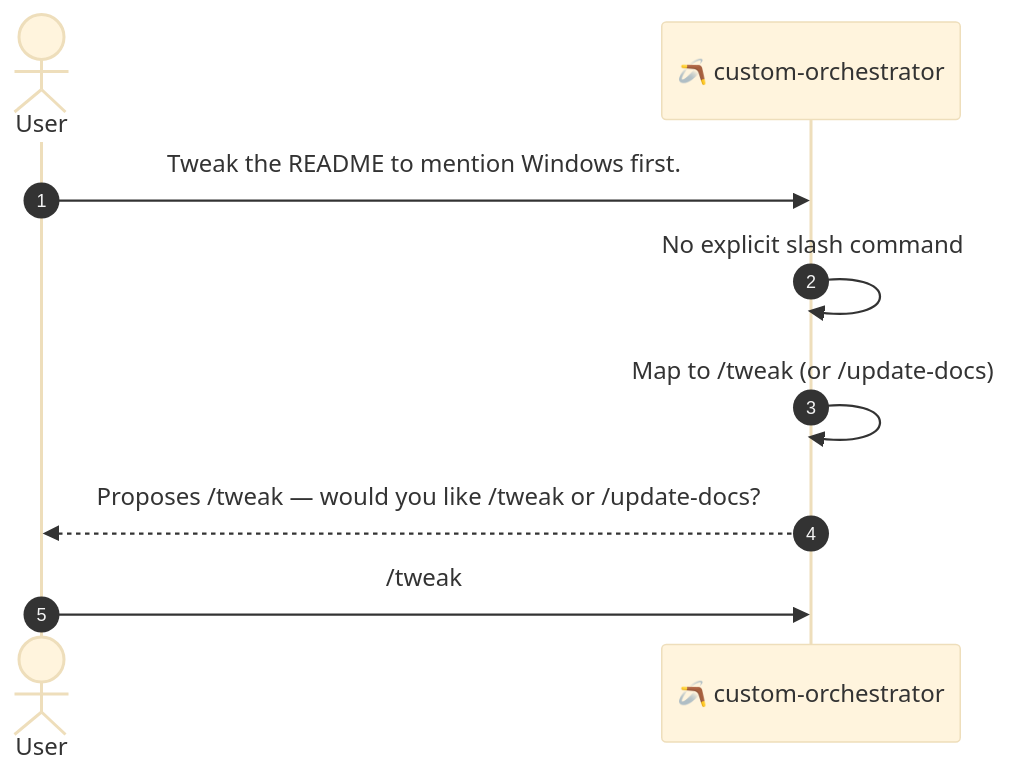
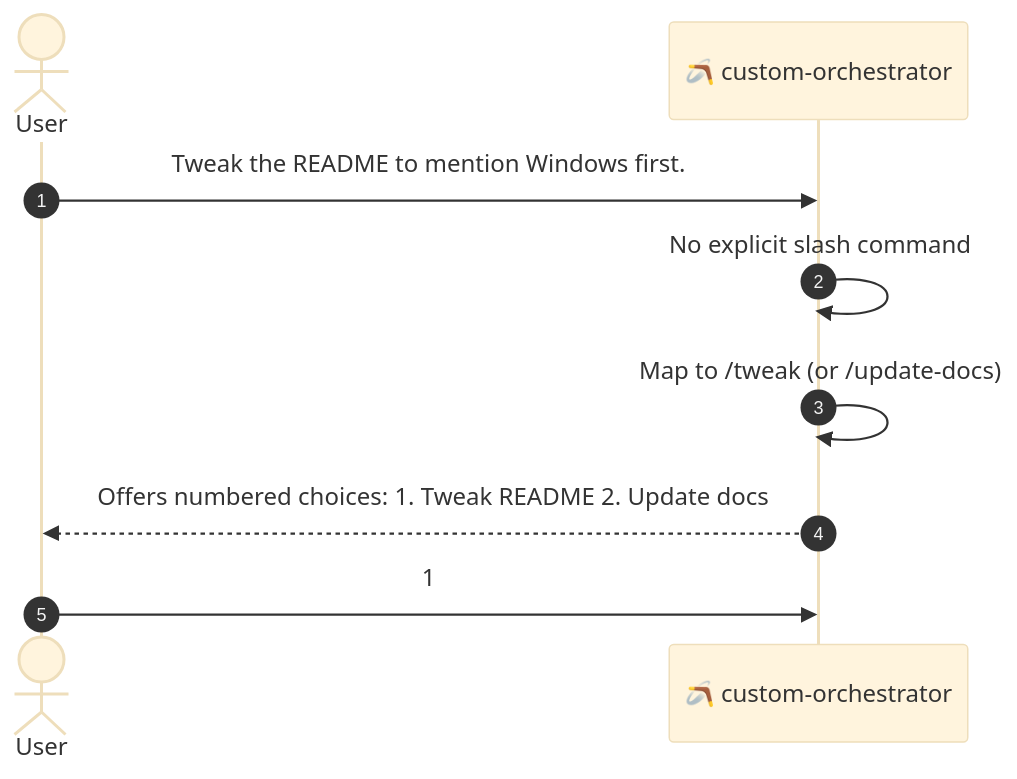
The second of 2 diagrams in docs/command-flow.md (Fernado03/roo-flow), drawn with Mermaid (base theme) before and after one commit. The commit also changed 3 other files, not shown here.

````diff
--- a/docs/command-flow.md
+++ b/docs/command-flow.md
@@ -43,12 +43,12 @@
 ```mermaid
 sequenceDiagram
     autonumber
     actor User
     participant O as 🪃 custom-orchestrator
 
     User->>O: Tweak the README to mention Windows first.
     O->>O: No explicit slash command
     O->>O: Map to /tweak (or /update-docs)
-    O-->>User: Proposes /tweak — would you like /tweak or /update-docs?
-    User->>O: /tweak
+    O-->>User: Offers numbered choices: 1. Tweak README 2. Update docs
+    User->>O: 1
 ```
````
